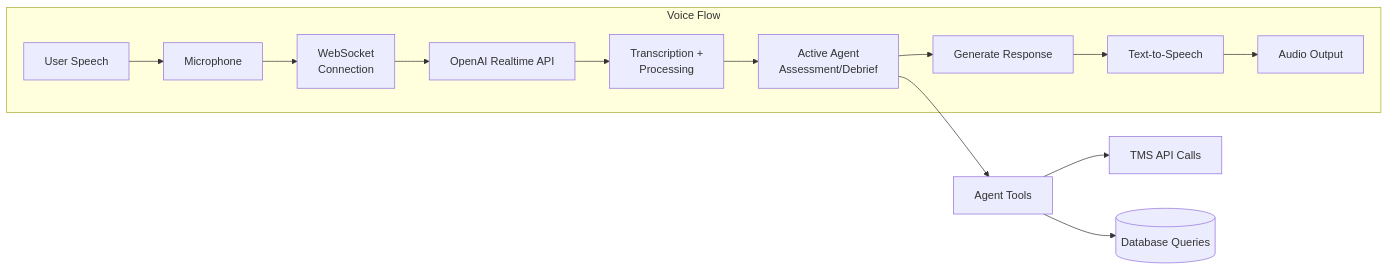
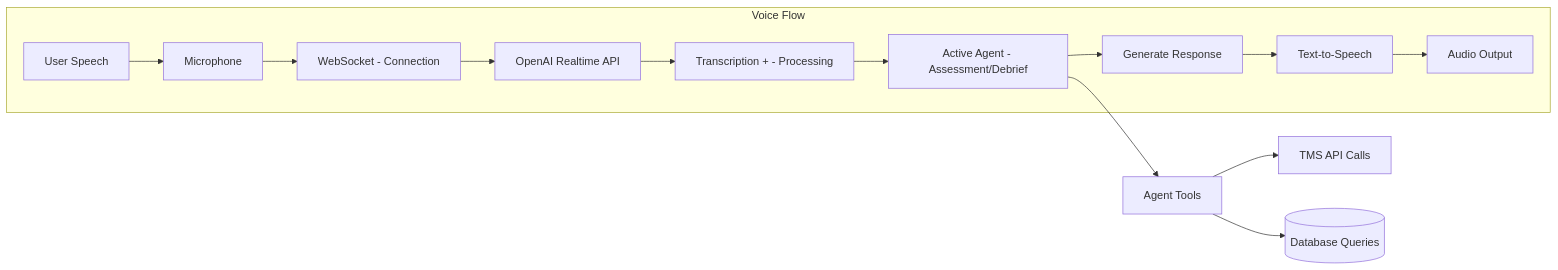
One commit to tmscoach/teamOS-Agents-Demo changed the eighth of 11 diagrams in docs/tms-api-spec/SYSTEM-ARCHITECTURE.md. Above: the diagram before and after it, drawn with Mermaid. The commit also changed other lines of this file, not shown here.

First line of the commit message:
fix: Replace HTML br tags in Mermaid diagrams

````diff
--- a/docs/tms-api-spec/SYSTEM-ARCHITECTURE.md
+++ b/docs/tms-api-spec/SYSTEM-ARCHITECTURE.md
@@ -335,17 +335,17 @@
 ```mermaid
 graph LR
     subgraph "Voice Flow"
         User[User Speech] --> Mic[Microphone]
-        Mic --> WS[WebSocket<br/>Connection]
+        Mic --> WS[WebSocket - Connection]
         WS --> OAI[OpenAI Realtime API]
-        OAI --> Trans[Transcription +<br/>Processing]
-        Trans --> Agent[Active Agent<br/>Assessment/Debrief]
+        OAI --> Trans[Transcription + - Processing]
+        Trans --> Agent[Active Agent - Assessment/Debrief]
         Agent --> Response[Generate Response]
         Response --> TTS[Text-to-Speech]
         TTS --> Speaker[Audio Output]
     end
     
     Agent --> Tools[Agent Tools]
     Tools --> TMS[TMS API Calls]
     Tools --> DB[(Database Queries)]
 ```
````
